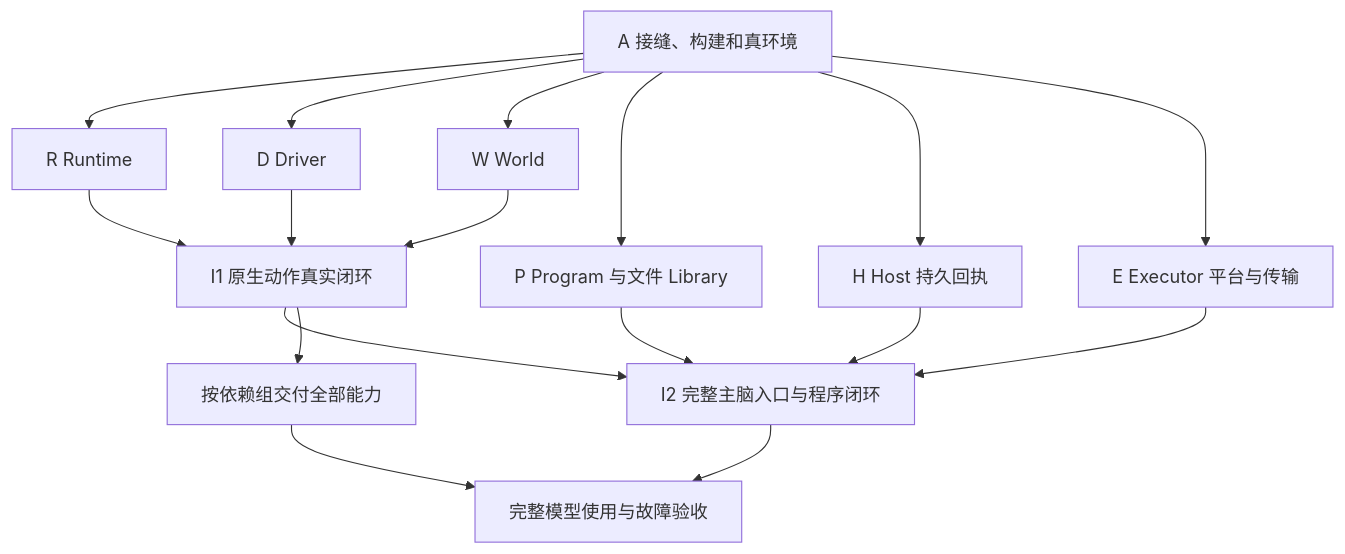
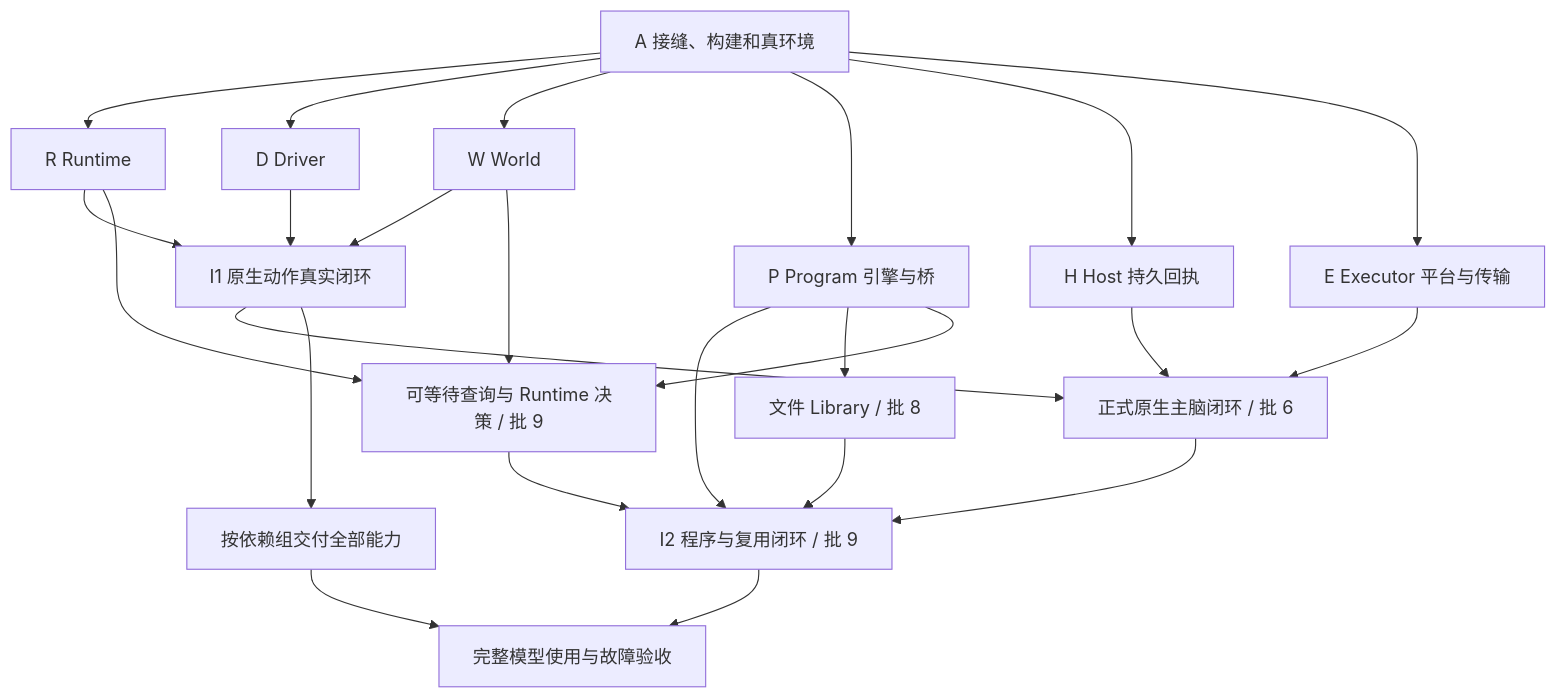
Before and after one commit to FanRec/uina-agent: the diagram in docs/proposals/mc/development-plan.md, drawn with Mermaid. The commit also changed other lines of this file and 8 other files, not shown here.

````diff
--- a/docs/proposals/mc/development-plan.md
+++ b/docs/proposals/mc/development-plan.md
@@ -27,19 +31,26 @@
 ```mermaid
 flowchart TD
   A[A 接缝、构建和真环境] --> R[R Runtime]
   A --> D[D Driver]
   A --> W[W World]
-  A --> P[P Program 与文件 Library]
+  A --> P[P Program 引擎与桥]
   A --> H[H Host 持久回执]
   A --> E[E Executor 平台与传输]
   R --> I1[I1 原生动作真实闭环]
   D --> I1
   W --> I1
-  I1 --> I2[I2 完整主脑入口与程序闭环]
+  I1 --> N[正式原生主脑闭环 / 批 6]
+  H --> N
+  E --> N
+  N --> I2[I2 程序与复用闭环 / 批 9]
   I1 --> K[按依赖组交付全部能力]
   P --> I2
-  H --> I2
-  E --> I2
+  P --> L[文件 Library / 批 8]
+  L --> I2
+  W --> T[可等待查询与 Runtime 决策 / 批 9]
+  R --> T
+  P --> T
+  T --> I2
   I2 --> F[完整模型使用与故障验收]
   K --> F[完整模型使用与故障验收]
 ```
````
